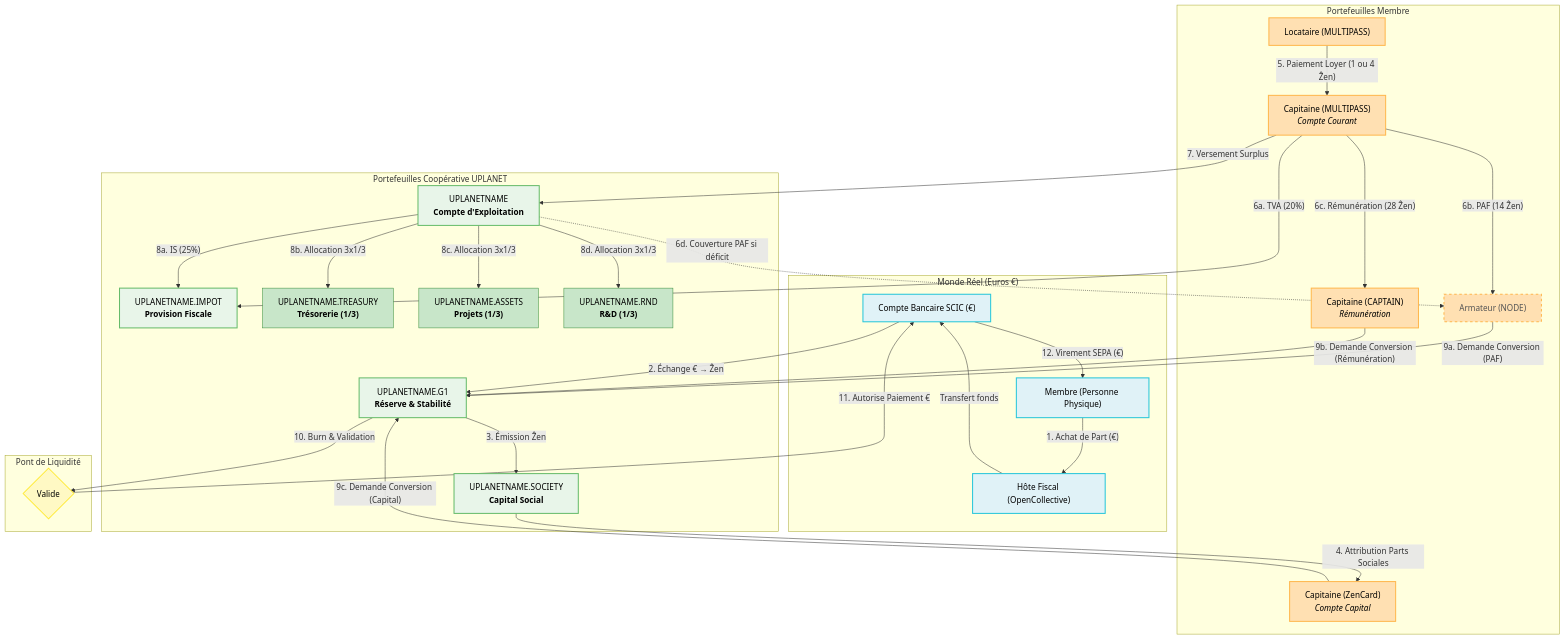
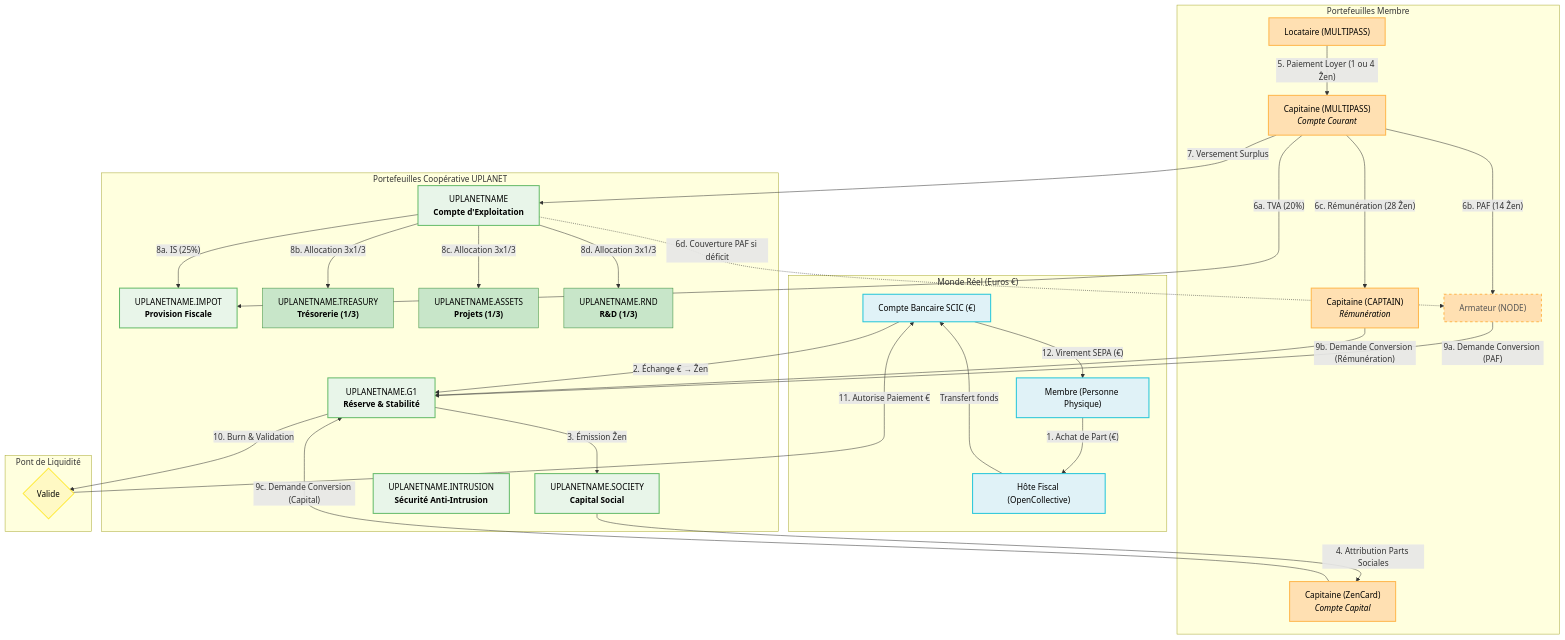
One commit to papiche/Astroport.ONE changed the diagram in LEGAL.md. Above: the diagram before and after it, drawn with Mermaid. The commit also changed other lines of this file and 7 other files, not shown here.

````diff
--- a/LEGAL.md
+++ b/LEGAL.md
@@ -124,71 +128,72 @@
 ```mermaid
 graph TD
     %% Styling definitions for clarity and consistency
     classDef realWorld fill:#e0f2f7,stroke:#26c6da,stroke-width:2px,color:#000
     classDef cooperativeCentral fill:#e8f5e9,stroke:#66bb6a,stroke-width:2px,color:#000
     classDef memberWallet fill:#ffe0b2,stroke:#ffb74d,stroke-width:2px,color:#000
     classDef processStep fill:#f3e5f5,stroke:#ba68c8,stroke-width:1px,color:#000
     classDef internalFlow stroke-dasharray: 5 5,color:#555
     classDef externalFlow stroke-width:1.5px,color:#333
     classDef decisionPoint fill:#fff9c4,stroke:#ffeb3b,stroke-width:2px,color:#000
     classDef allocationType fill:#c8e6c9,stroke:#388e3c,stroke-width:1px,color:#000
 
     subgraph "Monde Réel (Euros €)"
         MB_SCIC["Compte Bancaire SCIC (€)"]:::realWorld
         HoteFiscal["Hôte Fiscal (OpenCollective)"]:::realWorld
         MembrePhysique["Membre (Personne Physique)"]:::realWorld
 
         MembrePhysique -- "1. Achat de Part (€)" --> HoteFiscal
         HoteFiscal -- "Transfert fonds" --> MB_SCIC
     end
 
     subgraph "Portefeuilles Coopérative UPLANET"
         UPLANETNAME_G1["UPLANETNAME.G1<br><b>Réserve & Stabilité</b>"]:::cooperativeCentral
         UPLANETNAME_SOCIETY["UPLANETNAME.SOCIETY<br><b>Capital Social</b>"]:::cooperativeCentral
         UPLANETNAME["UPLANETNAME<br><b>Compte d'Exploitation</b>"]:::cooperativeCentral
         UPLANETNAME_IMPOT["UPLANETNAME.IMPOT<br><b>Provision Fiscale</b>"]:::cooperativeCentral
         UPLANETNAME_TREASURY["UPLANETNAME.TREASURY<br><b>Trésorerie (1/3)</b>"]:::allocationType
         UPLANETNAME_ASSETS["UPLANETNAME.ASSETS<br><b>Projets (1/3)</b>"]:::allocationType
         UPLANETNAME_RND["UPLANETNAME.RND<br><b>R&D (1/3)</b>"]:::allocationType
+        UPLANETNAME_INTRUSION["UPLANETNAME.INTRUSION<br><b>Sécurité Anti-Intrusion</b>"]:::cooperativeCentral
         
         MB_SCIC -- "2. Échange € → Ẑen" --> UPLANETNAME_G1
         UPLANETNAME_G1 -- "3. Émission Ẑen" --> UPLANETNAME_SOCIETY
     end
 
     subgraph "Portefeuilles Membre"
         MULTIPASS_Loc["Locataire (MULTIPASS)"]:::memberWallet
         Capitaine_MP["Capitaine (MULTIPASS)<br><i>Compte Courant</i>"]:::memberWallet
         Capitaine_ZC["Capitaine (ZenCard)<br><i>Compte Capital</i>"]:::memberWallet
         Capitaine_Ded["Capitaine (CAPTAIN)<br><i>Rémunération</i>"]:::memberWallet
         Armateur_Node["Armateur (NODE)"]:::memberWallet
     end
 
     %% FLUX DE CAPITALISATION
     UPLANETNAME_SOCIETY -- "4. Attribution Parts Sociales" --> Capitaine_ZC
 
     %% FLUX D'EXPLOITATION
     MULTIPASS_Loc -- "5. Paiement Loyer (1 ou 4 Ẑen)" --> Capitaine_MP
     
     Capitaine_MP -- "6a. TVA (20%)" --> UPLANETNAME_IMPOT
     Capitaine_MP -- "6b. PAF (14 Ẑen)" --> Armateur_Node
     Capitaine_MP -- "6c. Rémunération (28 Ẑen)" --> Capitaine_Ded
     UPLANETNAME -. "6d. Couverture PAF si déficit" .-> Armateur_Node:::internalFlow
     
     Capitaine_MP -- "7. Versement Surplus" --> UPLANETNAME
     
     UPLANETNAME -- "8a. IS (25%)" --> UPLANETNAME_IMPOT
     UPLANETNAME -- "8b. Allocation 3x1/3" --> UPLANETNAME_TREASURY
     UPLANETNAME -- "8c. Allocation 3x1/3" --> UPLANETNAME_ASSETS
     UPLANETNAME -- "8d. Allocation 3x1/3" --> UPLANETNAME_RND
 
     %% FLUX DE CONVERSION (PONT DE LIQUIDITÉ)
     subgraph "Pont de Liquidité"
         Armateur_Node -- "9a. Demande Conversion (PAF)" --> UPLANETNAME_G1
         Capitaine_Ded -- "9b. Demande Conversion (Rémunération)" --> UPLANETNAME_G1
         Capitaine_ZC -- "9c. Demande Conversion (Capital)" --> UPLANETNAME_G1
 
         UPLANETNAME_G1 -- "10. Burn & Validation" --> Validation{"Valide"}:::decisionPoint
         Validation -- "11. Autorise Paiement €" --> MB_SCIC
         MB_SCIC -- "12. Virement SEPA (€)" --> MembrePhysique
     end
 ```
````
